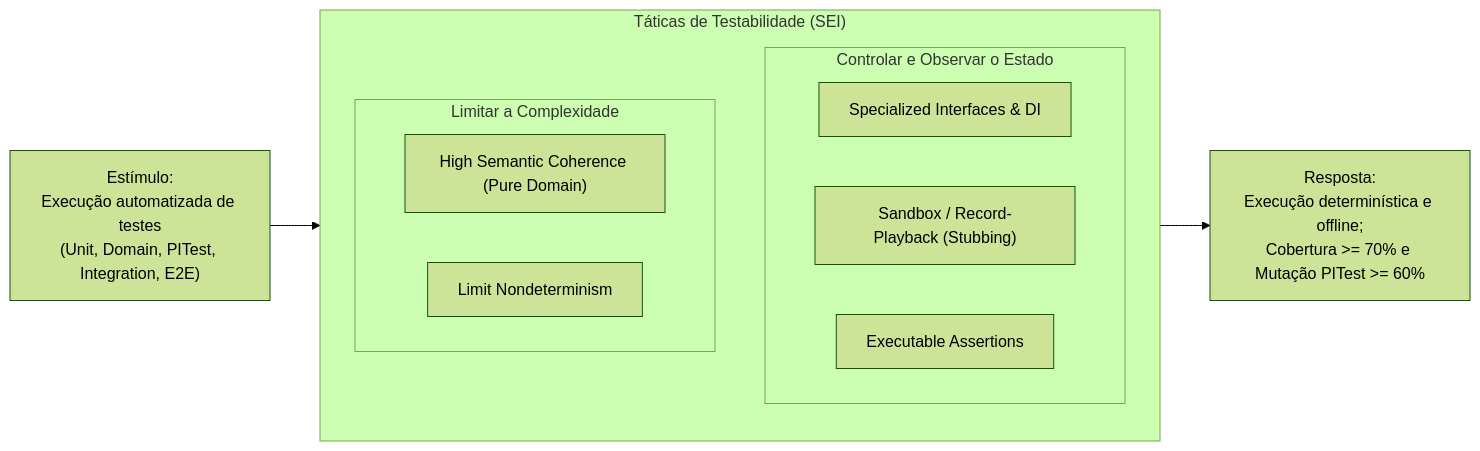
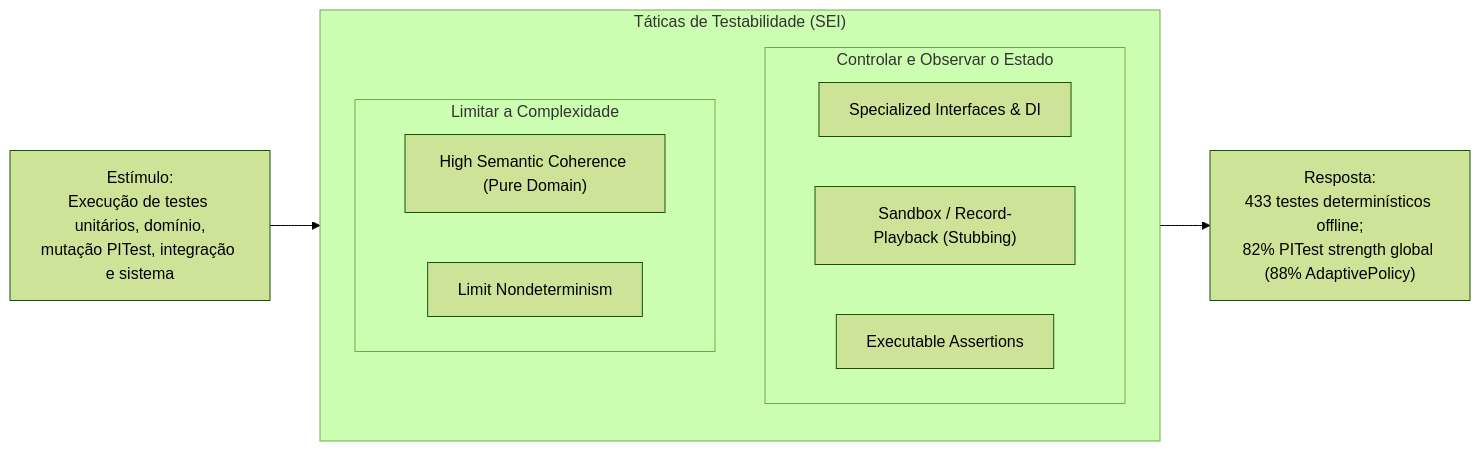
One commit to RafaelBrandao04/psoft-project-2026-1 changed the third of 3 diagrams in Docs/ARQSOFT/system-to-be/architectural-tactics.md. Above: the diagram before and after it, drawn with Mermaid (forest theme). The commit also changed other lines of this file and 8 other files, not shown here.

Commit message:
docs(arqsoft): sync architecture and testing docs with codebase and remove theoretical bloat

````diff
--- a/Docs/ARQSOFT/system-to-be/architectural-tactics.md
+++ b/Docs/ARQSOFT/system-to-be/architectural-tactics.md
@@ -154,19 +94,19 @@
 ```mermaid
 flowchart LR
-    S["Estímulo:<br/>Execução automatizada de testes<br/>(Unit, Domain, PITest, Integration, E2E)"] --> T
+    S["Estímulo:<br/>Execução de testes unitários, domínio,<br/>mutação PITest, integração e sistema"] --> T
 
     subgraph T["Táticas de Testabilidade (SEI)"]
         direction TB
         subgraph C1["Controlar e Observar o Estado"]
             T1["Specialized Interfaces & DI"]
             T2["Sandbox / Record-Playback (Stubbing)"]
             T3["Executable Assertions"]
         end
         subgraph C2["Limitar a Complexidade"]
             T4["High Semantic Coherence (Pure Domain)"]
             T5["Limit Nondeterminism"]
         end
     end
 
-    T --> R["Resposta:<br/>Execução determinística e offline;<br/>Cobertura >= 70% e Mutação PITest >= 60%"]
+    T --> R["Resposta:<br/>433 testes determinísticos offline;<br/>82% PITest strength global (88% AdaptivePolicy)"]
 ```
````
